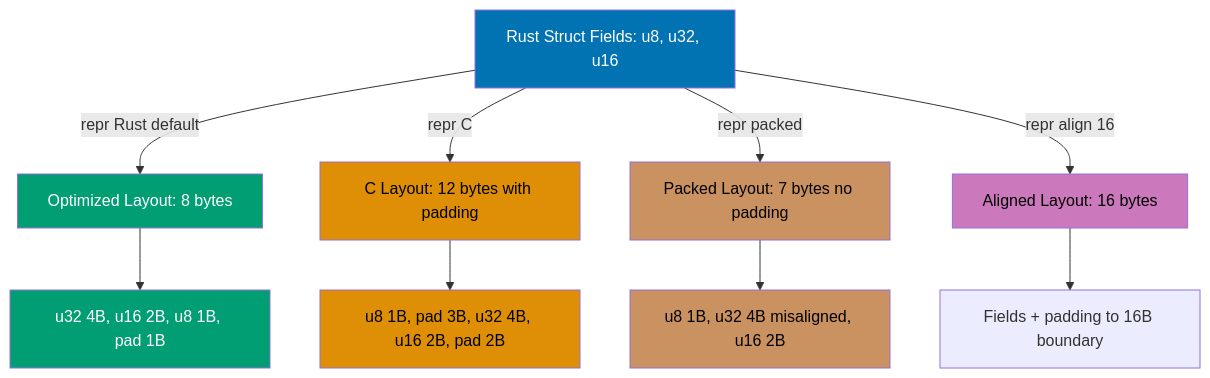
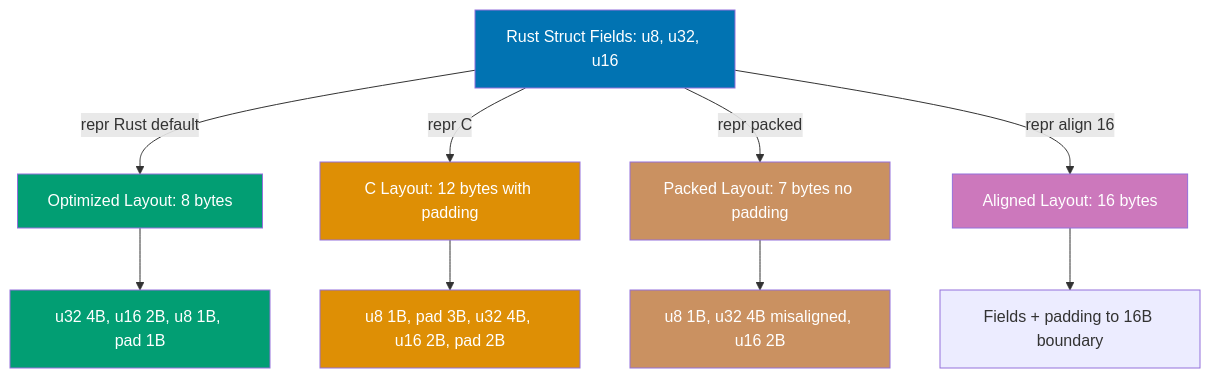
Before and after one commit to wahidyankf/open-sharia-enterprise: diagram 15 of 16 in apps/ayokoding-web/content/en/learn/software-engineering/programming-languages/rust/by-example/advanced.md, drawn with Mermaid. The commit also changed other lines of this file and 61 other files, not shown here.

First line of the commit message:
fix(ayokoding-web): quote Mermaid node labels with special characters in Example 63

````diff
--- a/apps/ayokoding-web/content/en/learn/software-engineering/programming-languages/rust/by-example/advanced.md
+++ b/apps/ayokoding-web/content/en/learn/software-engineering/programming-languages/rust/by-example/advanced.md
@@ -3801,22 +3801,22 @@
 ```mermaid
 %% Memory layout comparison for different repr attributes
 graph TD
     A[Rust Struct Fields: u8, u32, u16] -->|repr Rust default| B[Optimized Layout: 8 bytes]
     A -->|repr C| C[C Layout: 12 bytes with padding]
     A -->|repr packed| D[Packed Layout: 7 bytes no padding]
     A -->|repr align 16| E[Aligned Layout: 16 bytes]
 
     B --> F[u32 4B, u16 2B, u8 1B, pad 1B]
     C --> G[u8 1B, pad 3B, u32 4B, u16 2B, pad 2B]
     D --> H[u8 1B, u32 4B misaligned, u16 2B]
     E --> I[Fields + padding to 16B boundary]
 
     style A fill:#0173B2,color:#fff
     style B fill:#029E73,color:#fff
-    style C fill:#DE8F05,color:#000
-    style D fill:#CA9161,color:#000
-    style E fill:#CC78BC,color:#000
+    style C fill:#DE8F05,color:#fff
+    style D fill:#CA9161,color:#fff
+    style E fill:#CC78BC,color:#fff
     style F fill:#029E73,color:#fff
-    style G fill:#DE8F05,color:#000
-    style H fill:#CA9161,color:#000
+    style G fill:#DE8F05,color:#fff
+    style H fill:#CA9161,color:#fff
 ```
````
